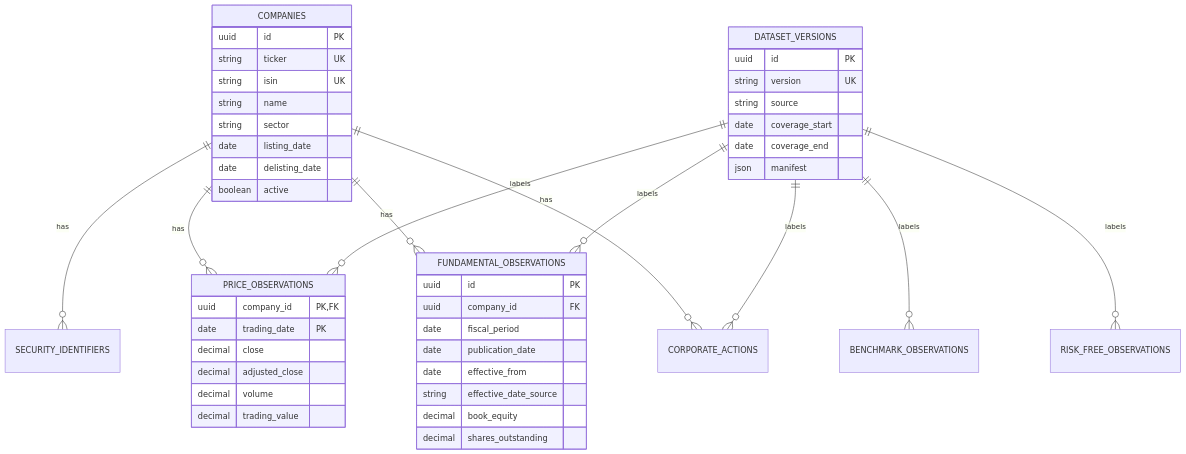
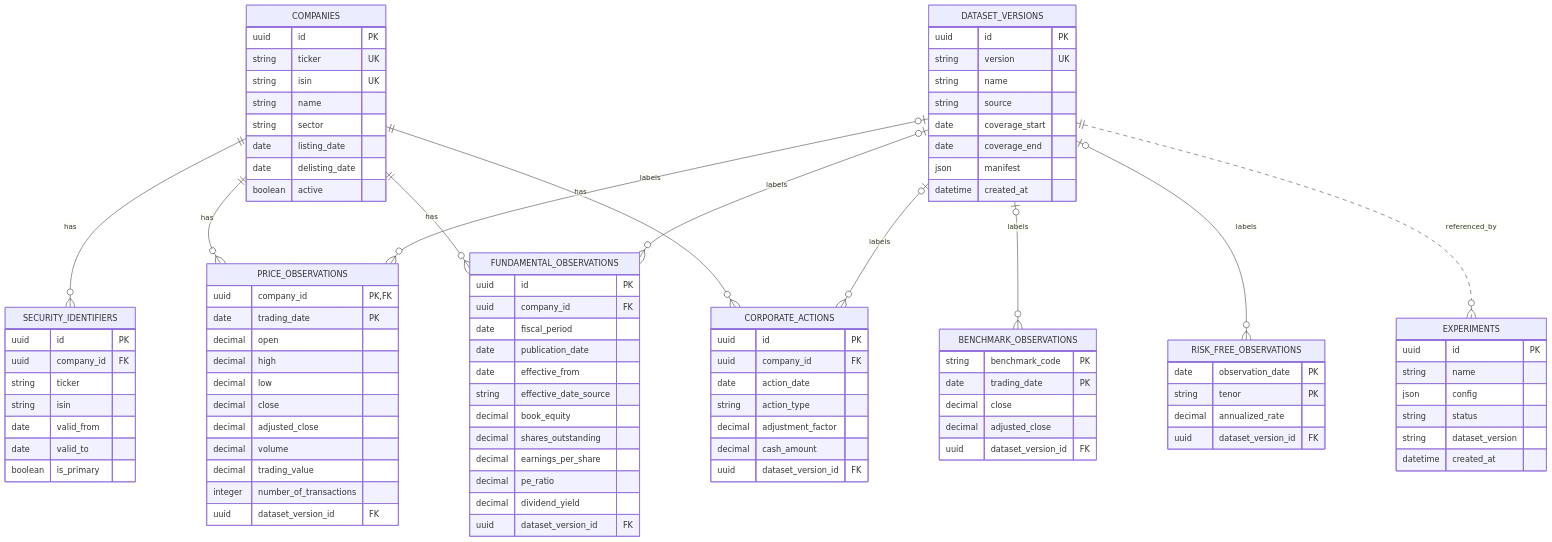
The first of 3 diagrams in documentation/CHAPTER-THREE.md (thetruesammyjay/factorgraph-ngx), drawn with Mermaid before and after one commit. The commit also changed other lines of this file and 9 other files, not shown here.

Commit message:
Update project documentation and research diagrams

```diff
--- a/documentation/CHAPTER-THREE.md
+++ b/documentation/CHAPTER-THREE.md
@@ -138,11 +95,12 @@
     COMPANIES ||--o{ PRICE_OBSERVATIONS : has
     COMPANIES ||--o{ FUNDAMENTAL_OBSERVATIONS : has
     COMPANIES ||--o{ CORPORATE_ACTIONS : has
-    DATASET_VERSIONS ||--o{ PRICE_OBSERVATIONS : labels
-    DATASET_VERSIONS ||--o{ FUNDAMENTAL_OBSERVATIONS : labels
-    DATASET_VERSIONS ||--o{ CORPORATE_ACTIONS : labels
-    DATASET_VERSIONS ||--o{ BENCHMARK_OBSERVATIONS : labels
-    DATASET_VERSIONS ||--o{ RISK_FREE_OBSERVATIONS : labels
+    DATASET_VERSIONS o|--o{ PRICE_OBSERVATIONS : labels
+    DATASET_VERSIONS o|--o{ FUNDAMENTAL_OBSERVATIONS : labels
+    DATASET_VERSIONS o|--o{ CORPORATE_ACTIONS : labels
+    DATASET_VERSIONS o|--o{ BENCHMARK_OBSERVATIONS : labels
+    DATASET_VERSIONS o|--o{ RISK_FREE_OBSERVATIONS : labels
+    DATASET_VERSIONS ||..o{ EXPERIMENTS : referenced_by
 
     COMPANIES {
         uuid id PK
@@ -155,13 +113,28 @@
         boolean active
     }
 
+    SECURITY_IDENTIFIERS {
+        uuid id PK
+        uuid company_id FK
+        string ticker
+        string isin
+        date valid_from
+        date valid_to
+        boolean is_primary
+    }
+
     PRICE_OBSERVATIONS {
         uuid company_id PK, FK
         date trading_date PK
+        decimal open
+        decimal high
+        decimal low
         decimal close
         decimal adjusted_close
         decimal volume
         decimal trading_value
+        integer number_of_transactions
+        uuid dataset_version_id FK
     }
 
     FUNDAMENTAL_OBSERVATIONS {
@@ -173,14 +146,54 @@
         string effective_date_source
         decimal book_equity
         decimal shares_outstanding
+        decimal earnings_per_share
+        decimal pe_ratio
+        decimal dividend_yield
+        uuid dataset_version_id FK
+    }
+
+    CORPORATE_ACTIONS {
+        uuid id PK
+        uuid company_id FK
+        date action_date
+        string action_type
+        decimal adjustment_factor
+        decimal cash_amount
+        uuid dataset_version_id FK
+    }
+
+    BENCHMARK_OBSERVATIONS {
+        string benchmark_code PK
+        date trading_date PK
+        decimal close
+        decimal adjusted_close
+        uuid dataset_version_id FK
+    }
+
+    RISK_FREE_OBSERVATIONS {
+        date observation_date PK
+        string tenor PK
+        decimal annualized_rate
+        uuid dataset_version_id FK
     }
 
     DATASET_VERSIONS {
         uuid id PK
         string version UK
+        string name
         string source
         date coverage_start
         date coverage_end
         json manifest
+        datetime created_at
+    }
+
+    EXPERIMENTS {
+        uuid id PK
+        string name
+        json config
+        string status
+        string dataset_version
+        datetime created_at
     }
 ~~~
```
